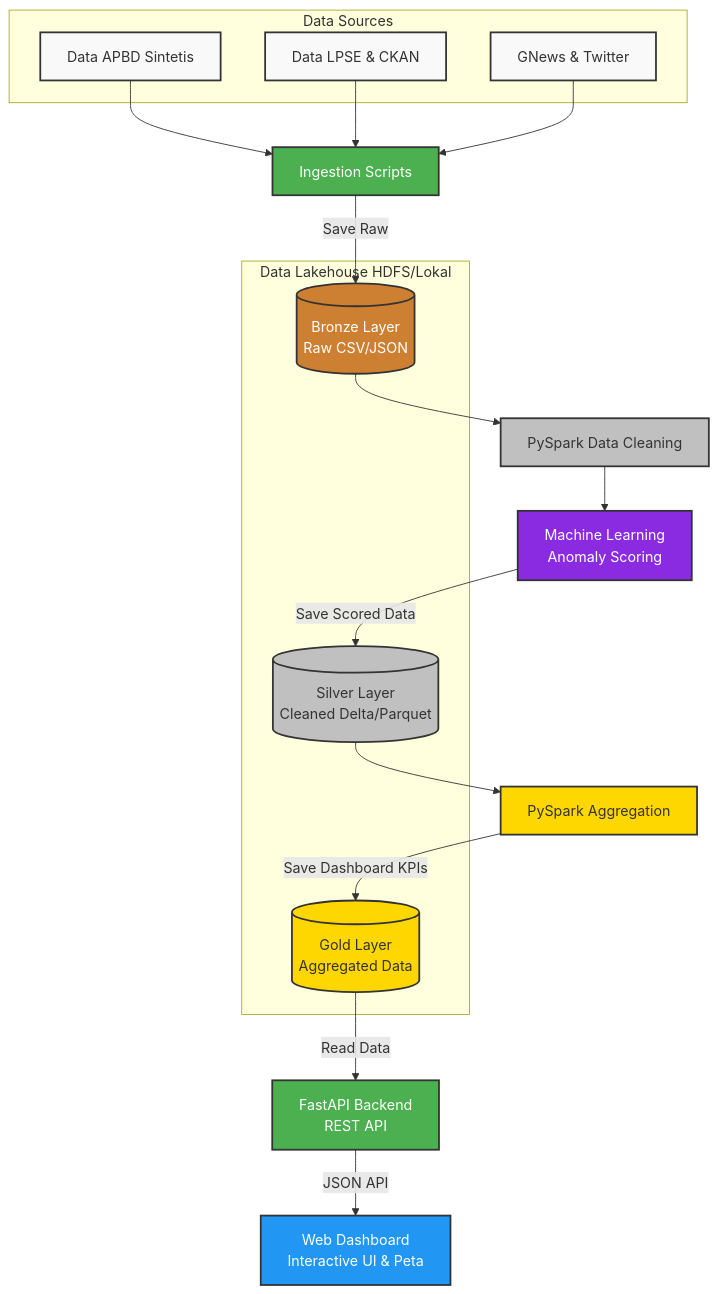
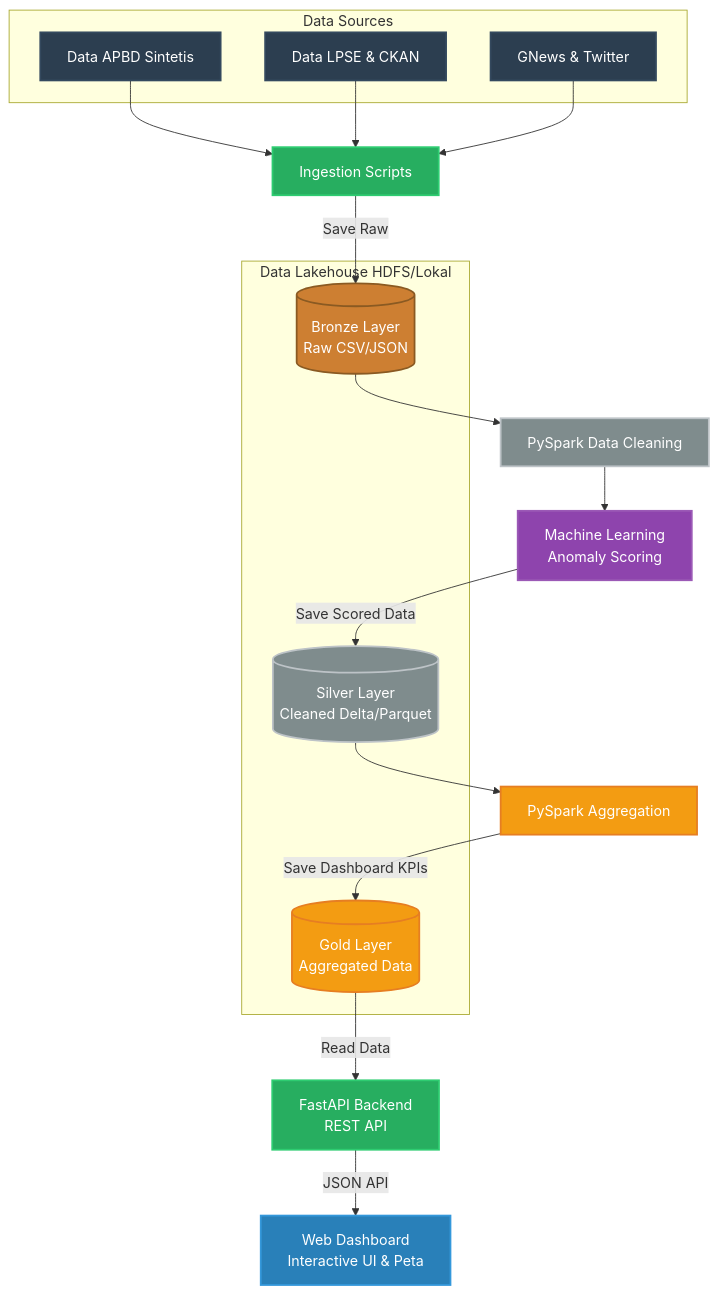
One commit to knownasrayy/SmartBudget-Platform-Lakehouse-untuk-Deteksi-Anomali-Transparansi-APBD-Kota-Berbasis-Big-Data changed the diagram in README_DRAFT.md. Above: the diagram before and after it, drawn with Mermaid.

Commit message:
Fix mermaid colors for dark mode

````diff
--- a/README_DRAFT.md
+++ b/README_DRAFT.md
@@ -43,52 +43,52 @@
 ```mermaid
 flowchart TD
-    %% Define styles
-    classDef source fill:#f9f9f9,stroke:#333,stroke-width:2px;
-    classDef bronze fill:#cd7f32,stroke:#333,stroke-width:2px,color:#fff;
-    classDef silver fill:#c0c0c0,stroke:#333,stroke-width:2px;
-    classDef gold fill:#ffd700,stroke:#333,stroke-width:2px;
-    classDef ml fill:#8a2be2,stroke:#333,stroke-width:2px,color:#fff;
-    classDef api fill:#4caf50,stroke:#333,stroke-width:2px,color:#fff;
-    classDef ui fill:#2196f3,stroke:#333,stroke-width:2px,color:#fff;
+    %% Define styles with dark-mode safe colors
+    classDef source fill:#2c3e50,stroke:#34495e,stroke-width:2px,color:#fff;
+    classDef bronze fill:#cd7f32,stroke:#8a5a22,stroke-width:2px,color:#fff;
+    classDef silver fill:#7f8c8d,stroke:#bdc3c7,stroke-width:2px,color:#fff;
+    classDef gold fill:#f39c12,stroke:#e67e22,stroke-width:2px,color:#fff;
+    classDef ml fill:#8e44ad,stroke:#9b59b6,stroke-width:2px,color:#fff;
+    classDef api fill:#27ae60,stroke:#2ecc71,stroke-width:2px,color:#fff;
+    classDef ui fill:#2980b9,stroke:#3498db,stroke-width:2px,color:#fff;
 
     %% Data Sources
     subgraph sources [Data Sources]
         A1[Data APBD Sintetis]:::source
         A2[Data LPSE & CKAN]:::source
         A3[GNews & Twitter]:::source
     end
 
     %% Ingestion
     B[Ingestion Scripts]:::api
     
     A1 --> B
     A2 --> B
     A3 --> B
 
     %% Medallion Architecture
     subgraph lakehouse [Data Lakehouse HDFS/Lokal]
         C[(Bronze Layer\nRaw CSV/JSON)]:::bronze
         D[(Silver Layer\nCleaned Delta/Parquet)]:::silver
         E[(Gold Layer\nAggregated Data)]:::gold
     end
 
     B -->|Save Raw| C
 
     %% Processing & ML
     F[PySpark Data Cleaning]:::silver
     G[Machine Learning\nAnomaly Scoring]:::ml
     H[PySpark Aggregation]:::gold
     
     C --> F
     F --> G
     G -->|Save Scored Data| D
     D --> H
     H -->|Save Dashboard KPIs| E
 
     %% Serving Layer
     I[FastAPI Backend\nREST API]:::api
     J[Web Dashboard\nInteractive UI & Peta]:::ui
 
     E -->|Read Data| I
     I -->|JSON API| J
 ```
````
